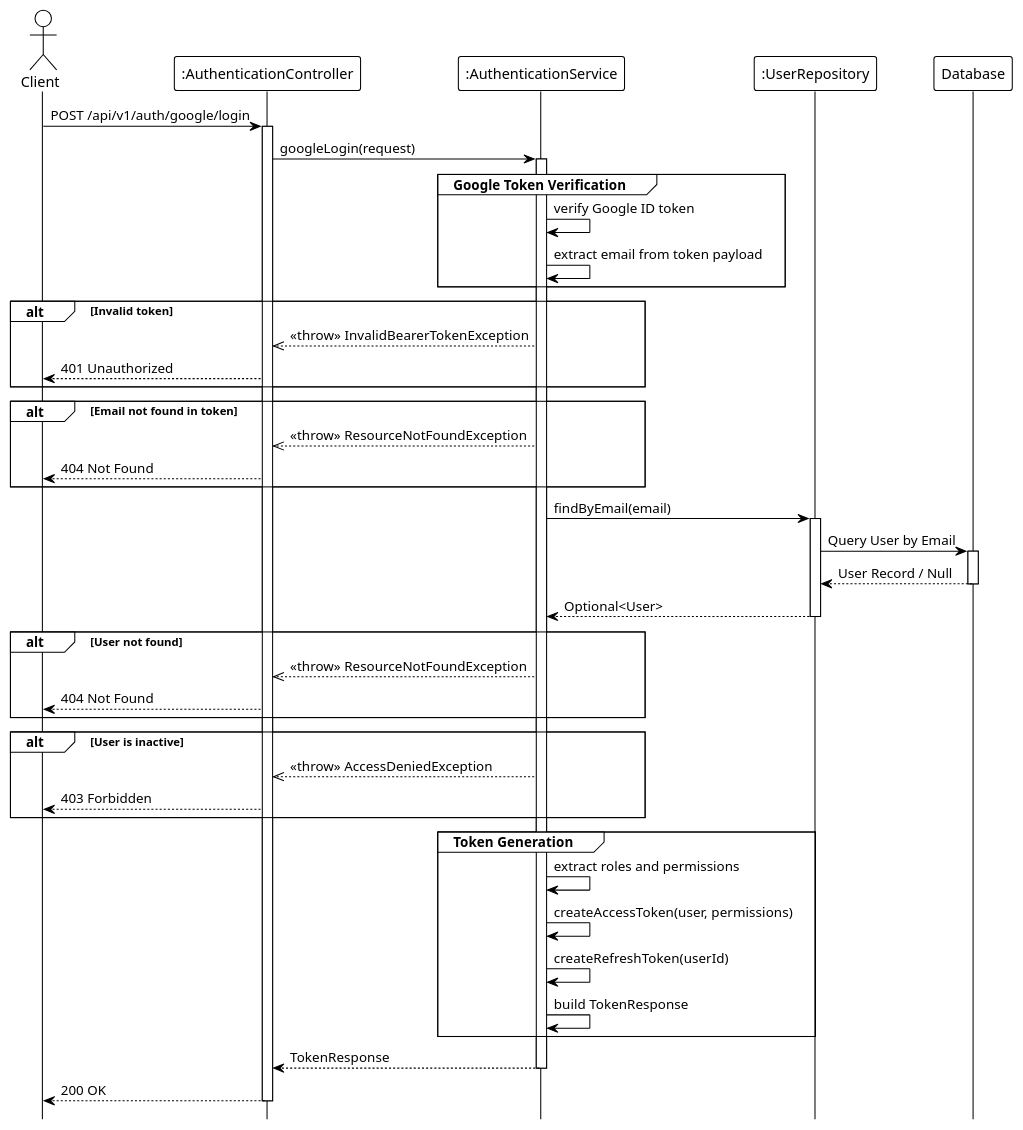
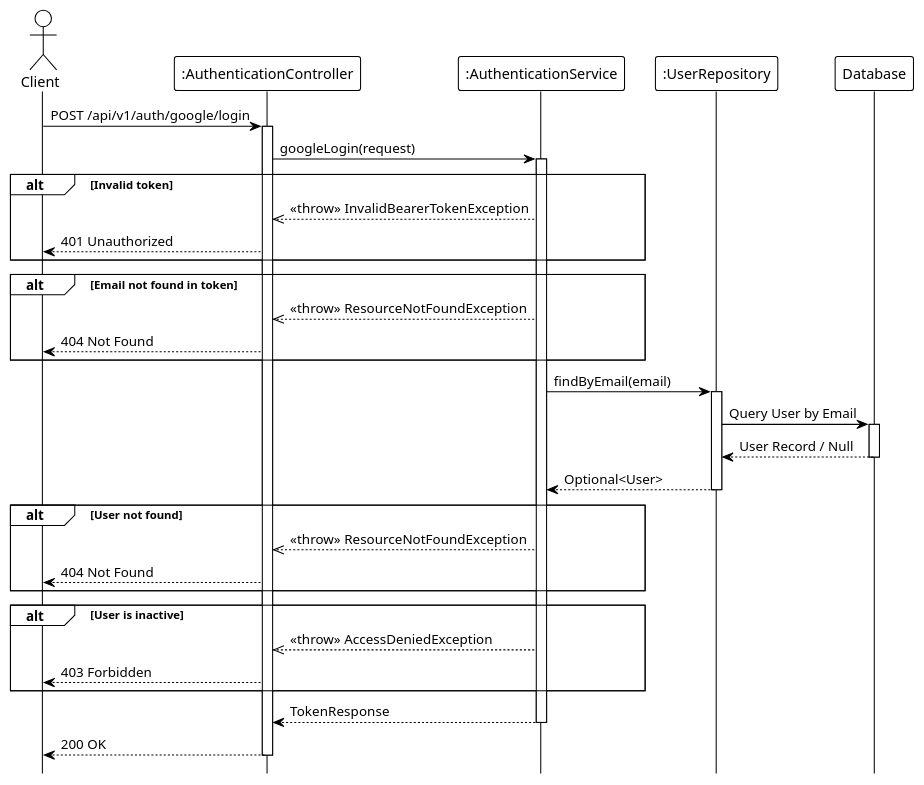
The diagram in system_detailed_design/02_sign_in_with_google/sequence_diagram_sign_in_with_google.puml (Ndh474/context), drawn with PlantUML before and after one commit. The commit also changed 13 other files, not shown here.

```diff
--- a/system_detailed_design/02_sign_in_with_google/sequence_diagram_sign_in_with_google.puml
+++ b/system_detailed_design/02_sign_in_with_google/sequence_diagram_sign_in_with_google.puml
@@ -1,71 +1,63 @@
 @startuml sign_in_with_google
 !theme plain
 hide footbox
 
 actor Client
 participant ":AuthenticationController" as Controller
 participant ":AuthenticationService" as Service
 participant ":UserRepository" as Repository
 participant "Database" as DB
 
 ' --- MAIN FLOW ---
 Client -> Controller: POST /api/v1/auth/google/login
 activate Controller
 
 Controller -> Service: googleLogin(request)
 activate Service
 
 ' --- GOOGLE TOKEN VERIFICATION ---
-group Google Token Verification
-    Service -> Service: verify Google ID token
-    Service -> Service: extract email from token payload
-end
+' Google token verification (internal)
 
 alt Invalid token
     Service -->> Controller: <<throw>> InvalidBearerTokenException
     Controller --> Client: 401 Unauthorized
 end
 
 alt Email not found in token
     Service -->> Controller: <<throw>> ResourceNotFoundException
     Controller --> Client: 404 Not Found
 end
 
 ' --- USER LOOKUP ---
 Service -> Repository: findByEmail(email)
 activate Repository
 
 Repository -> DB: Query User by Email
 activate DB
 DB --> Repository: User Record / Null
 deactivate DB
 
 Repository --> Service: Optional<User>
 deactivate Repository
 
 ' --- VALIDATION LOGIC ---
 alt User not found
     Service -->> Controller: <<throw>> ResourceNotFoundException
     Controller --> Client: 404 Not Found
 end
 
 alt User is inactive
     Service -->> Controller: <<throw>> AccessDeniedException
     Controller --> Client: 403 Forbidden
 end
 
 ' --- TOKEN GENERATION ---
-group Token Generation
-    Service -> Service: extract roles and permissions
-    Service -> Service: createAccessToken(user, permissions)
-    Service -> Service: createRefreshToken(userId)
-    Service -> Service: build TokenResponse
-end
+' Token generation (internal)
 
 Service --> Controller: TokenResponse
 deactivate Service
 
 Controller --> Client: 200 OK
 deactivate Controller
 
 @enduml
```
